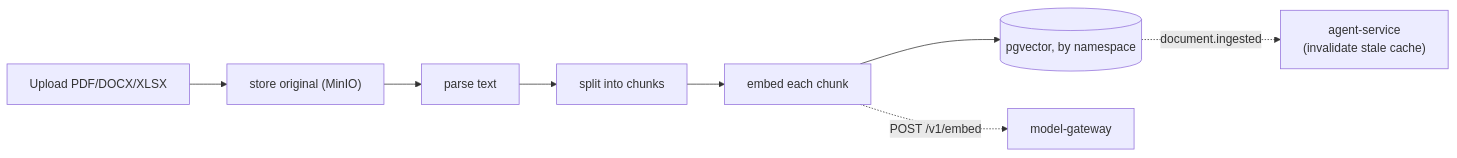
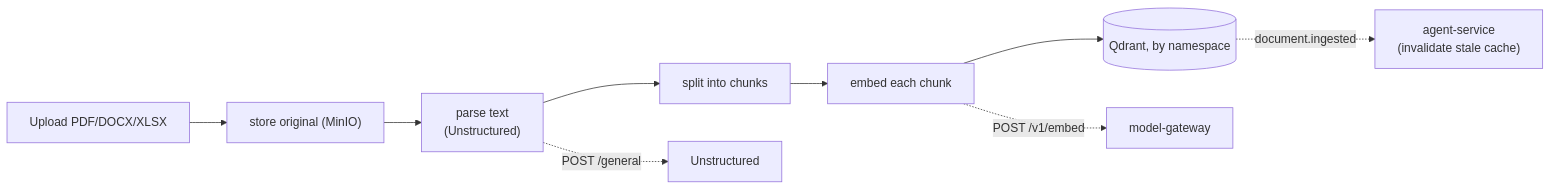
One commit to stoychev07-art/7X7-microservice changed the fourth of 4 diagrams in docs/explanation/m2-what-you-get.md. Above: the diagram before and after it, drawn with Mermaid. The commit also changed other lines of this file and 65 other files, not shown here.

First line of the commit message:
Enhance architecture and service documentation

````diff
--- a/docs/explanation/m2-what-you-get.md
+++ b/docs/explanation/m2-what-you-get.md
@@ -129,8 +130,9 @@
 ```mermaid
 flowchart LR
     up["Upload PDF/DOCX/XLSX"] --> store["store original (MinIO)"]
-    store --> parse["parse text"] --> chunk["split into chunks"]
-    chunk --> embed["embed each chunk"] --> idx[("pgvector, by namespace")]
+    store --> parse["parse text<br/>(Unstructured)"] --> chunk["split into chunks"]
+    chunk --> embed["embed each chunk"] --> idx[("Qdrant, by namespace")]
+    parse -.->|"POST /general"| unstr["Unstructured"]
     embed -.->|"POST /v1/embed"| mg["model-gateway"]
     idx -. "document.ingested" .-> agent["agent-service<br/>(invalidate stale cache)"]
 ```
````
